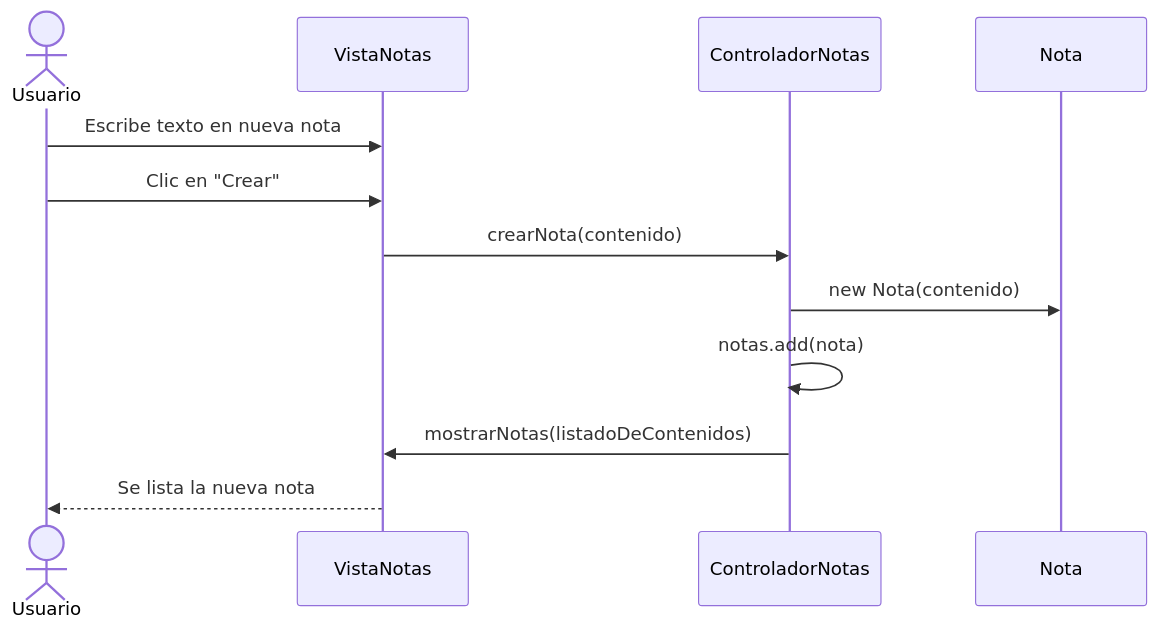
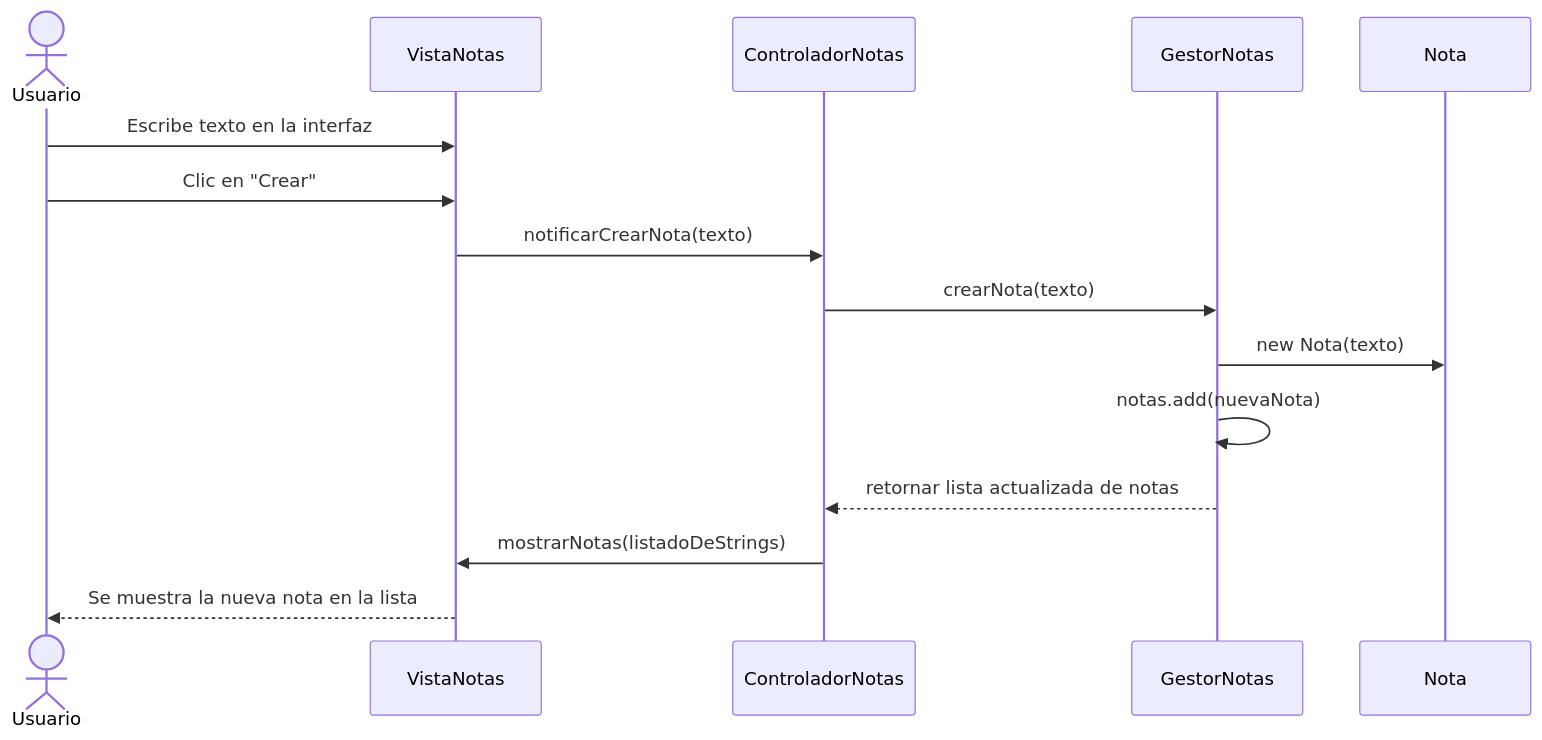
The eighth of 12 diagrams in README.md (jangelmm/FlashNotes), drawn with Mermaid before and after one commit. The commit also changed other lines of this file and 12 other files, not shown here.

````diff
--- a/README.md
+++ b/README.md
@@ -364,15 +494,18 @@
 ```mermaid
 sequenceDiagram
     actor Usuario
-    participant VistaNotas as VistaNotas
+    participant Vista as VistaNotas
     participant Ctrl as ControladorNotas
+    participant Gestor as GestorNotas
     participant Nota as Nota
 
-    Usuario ->> VistaNotas: Escribe texto en nueva nota
-    Usuario ->> VistaNotas: Clic en "Crear"
-    VistaNotas ->> Ctrl: crearNota(contenido)
-    Ctrl ->> Nota: new Nota(contenido)
-    Ctrl ->> Ctrl: notas.add(nota)
-    Ctrl ->> VistaNotas: mostrarNotas(listadoDeContenidos)
-    VistaNotas -->> Usuario: Se lista la nueva nota
+    Usuario ->> Vista: Escribe texto en la interfaz
+    Usuario ->> Vista: Clic en "Crear"
+    Vista ->> Ctrl: notificarCrearNota(texto)
+    Ctrl ->> Gestor: crearNota(texto)
+    Gestor ->> Nota: new Nota(texto)
+    Gestor ->> Gestor: notas.add(nuevaNota)
+    Gestor -->> Ctrl: retornar lista actualizada de notas
+    Ctrl ->> Vista: mostrarNotas(listadoDeStrings)
+    Vista -->> Usuario: Se muestra la nueva nota en la lista
 ```
````
